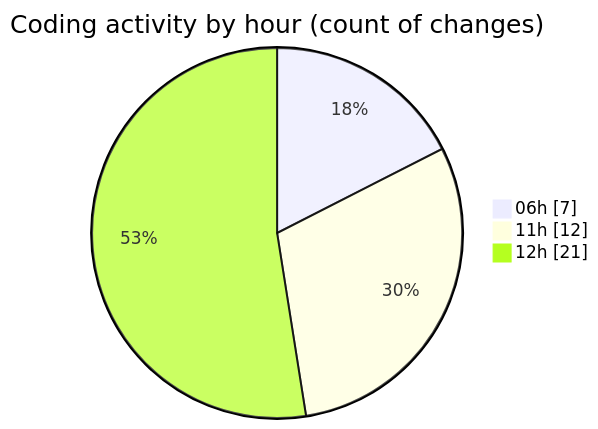
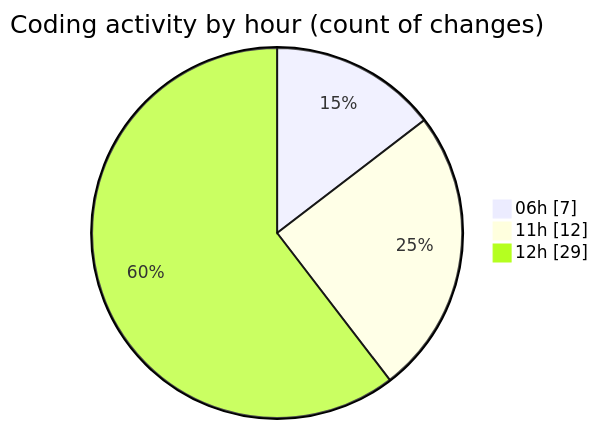
Before and after one commit to EIIisD/code-tracking: the second of 2 diagrams in 2025-07-14/ribbon/README.md, drawn with Mermaid. The commit also changed other lines of this file and 1 other file, not shown here.

````diff
--- a/2025-07-14/ribbon/README.md
+++ b/2025-07-14/ribbon/README.md
@@ -48,7 +49,7 @@
 ```mermaid
 pie showData
 title Coding activity by hour (count of changes)
 "06h" : 7
 "11h" : 12
-"12h" : 21
+"12h" : 29
 ```
````
